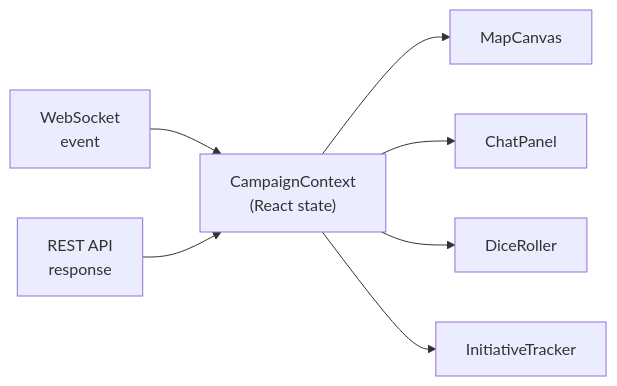
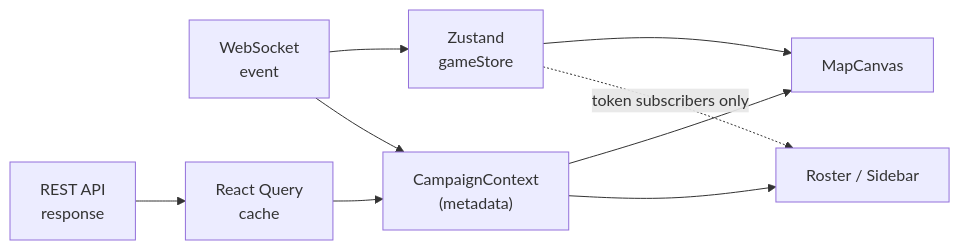
One commit to CheekyChinchilla/CozyVTT changed the third of 6 diagrams in docs/ARCHITECTURE.md. Above: the diagram before and after it, drawn with Mermaid. The commit also changed other lines of this file and 193 other files, not shown here.

````diff
--- a/docs/ARCHITECTURE.md
+++ b/docs/ARCHITECTURE.md
@@ -157,17 +173,19 @@
 ```mermaid
 graph LR
     WS["WebSocket\nevent"]
     API["REST API\nresponse"]
-    CC["CampaignContext\n(React state)"]
+    RQ["React Query\ncache"]
+    GS["Zustand\ngameStore"]
+    CC["CampaignContext\n(metadata)"]
     Canvas["MapCanvas"]
-    Chat["ChatPanel"]
-    Dice["DiceRoller"]
-    Initiative["InitiativeTracker"]
+    Roster["Roster / Sidebar"]
 
+    API --> RQ
+    RQ --> CC
+    WS --> GS
     WS --> CC
-    API --> CC
+    GS --> Canvas
     CC --> Canvas
-    CC --> Chat
-    CC --> Dice
-    CC --> Initiative
+    CC --> Roster
+    GS -. "token subscribers only" .-> Roster
 ```
````
